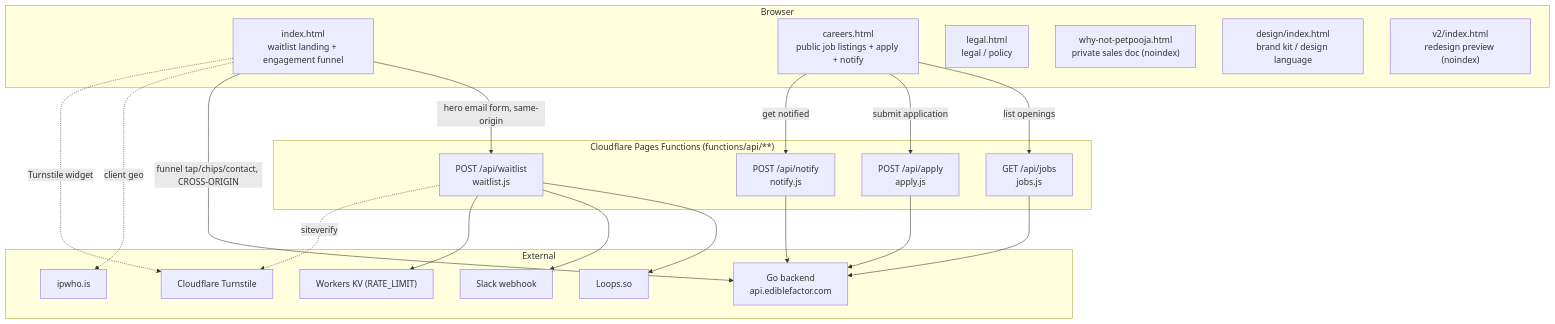
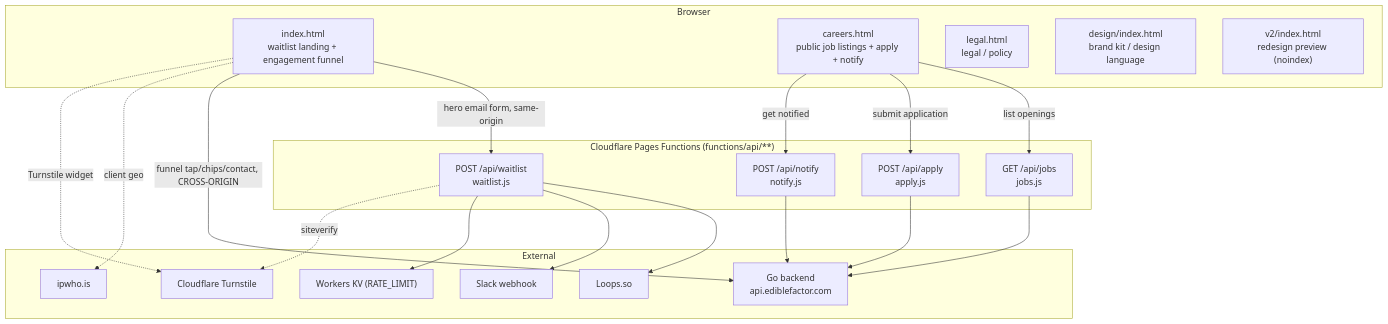
The first of 6 diagrams in ARCHITECTURE.md (builders-sunday/edible-factor-waitlist), drawn with Mermaid before and after one commit. The commit also changed other lines of this file and 7 other files, not shown here.

First line of the commit message:
fix(apex): remove the confidential /why-not-petpooja sales page (#138)

````diff
--- a/ARCHITECTURE.md
+++ b/ARCHITECTURE.md
@@ -21,44 +21,43 @@
 ```mermaid
 flowchart TD
   subgraph Browser
     IDX["index.html<br/>waitlist landing + engagement funnel"]
     CAR["careers.html<br/>public job listings + apply + notify"]
     LEG["legal.html<br/>legal / policy"]
-    WNP["why-not-petpooja.html<br/>private sales doc (noindex)"]
     DES["design/index.html<br/>brand kit / design language"]
     V2["v2/index.html<br/>redesign preview (noindex)"]
   end
 
   subgraph PagesFns["Cloudflare Pages Functions (functions/api/**)"]
     WL["POST /api/waitlist<br/>waitlist.js"]
     JOBS["GET /api/jobs<br/>jobs.js"]
     APPLY["POST /api/apply<br/>apply.js"]
     NOTIFY["POST /api/notify<br/>notify.js"]
   end
 
   subgraph External
     LOOPS["Loops.so"]
     SLACK["Slack webhook"]
     KV["Workers KV (RATE_LIMIT)"]
     BE["Go backend<br/>api.ediblefactor.com"]
     GEO["ipwho.is"]
     TS["Cloudflare Turnstile"]
   end
 
   IDX -->|hero email form, same-origin| WL
   IDX -->|"funnel tap/chips/contact, CROSS-ORIGIN"| BE
   IDX -.->|client geo| GEO
   IDX -.->|Turnstile widget| TS
 
   CAR -->|list openings| JOBS
   CAR -->|submit application| APPLY
   CAR -->|get notified| NOTIFY
 
   WL --> LOOPS
   WL --> SLACK
   WL --> KV
   WL -.->|siteverify| TS
   JOBS --> BE
   APPLY --> BE
   NOTIFY --> BE
 ```
````
